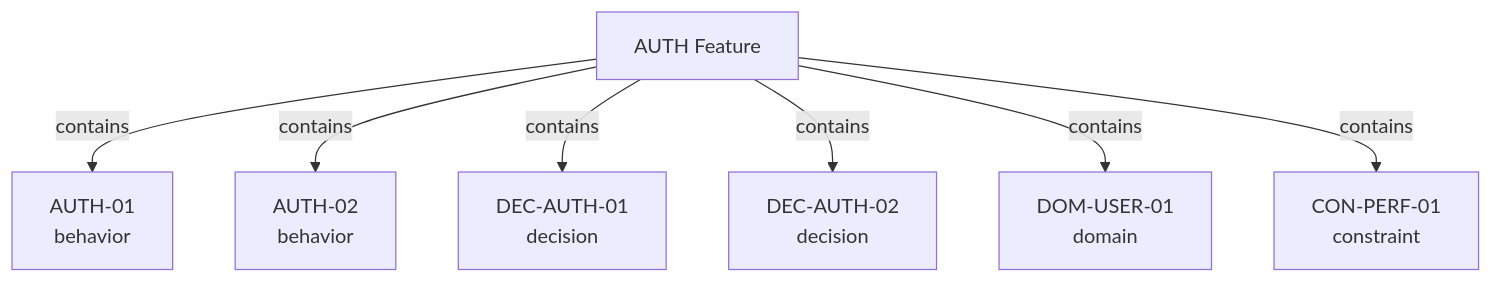
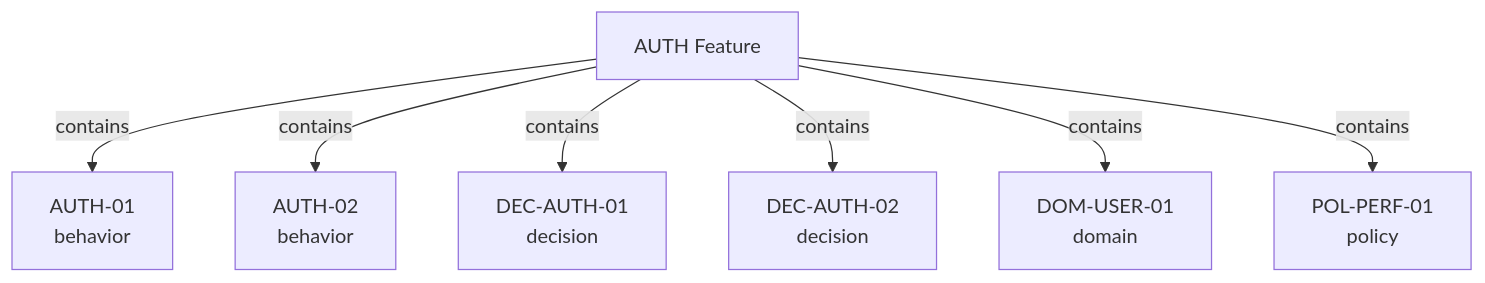
Before and after one commit to oco-adam/specgraph: the diagram in website/docs/graph/features-and-namespaces.md, drawn with Mermaid. The commit also changed other lines of this file and 48 other files, not shown here.

First line of the commit message:
feat: rename invariant→constraints and constraint→policy

````diff
--- a/website/docs/graph/features-and-namespaces.md
+++ b/website/docs/graph/features-and-namespaces.md
@@ -30,9 +30,9 @@
 ```mermaid
 graph TD
     AUTH[AUTH Feature] -->|contains| B1[AUTH-01<br/>behavior]
     AUTH -->|contains| B2[AUTH-02<br/>behavior]
     AUTH -->|contains| D1[DEC-AUTH-01<br/>decision]
     AUTH -->|contains| D2[DEC-AUTH-02<br/>decision]
     AUTH -->|contains| DOM[DOM-USER-01<br/>domain]
-    AUTH -->|contains| CON[CON-PERF-01<br/>constraint]
+    AUTH -->|contains| POL[POL-PERF-01<br/>policy]
 ```
````
